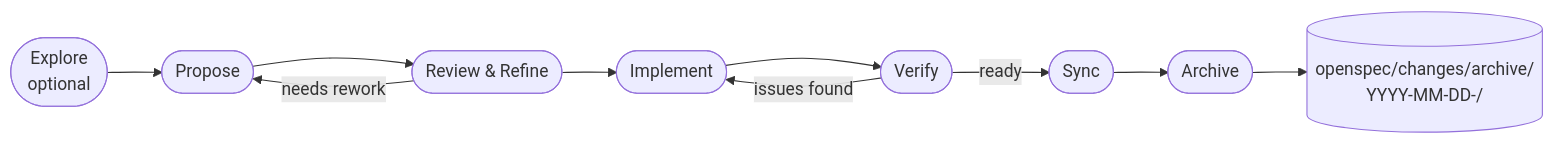
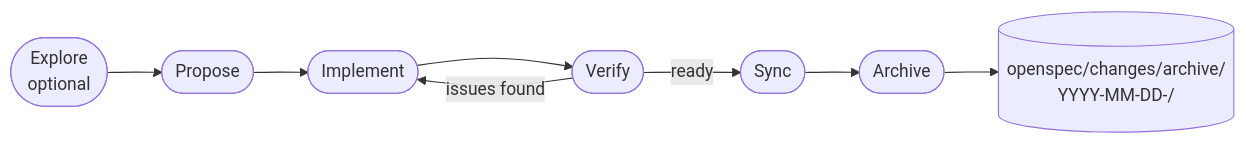
Before and after one commit to clawaimax/openspec-atm: the second of 6 diagrams in README.md, drawn with Mermaid. The commit also changed other lines of this file, not shown here.

Commit message:
Refine OpenSpec workflow README section

````diff
--- a/README.md
+++ b/README.md
@@ -195,12 +195,10 @@
 ```mermaid
 flowchart LR
     E([Explore\noptional]) --> P([Propose])
-    P --> R([Review & Refine])
-    R -->|needs rework| P
-    R --> I([Implement])
+    P --> I([Implement])
     I --> V([Verify])
     V -->|issues found| I
     V -->|ready| S([Sync])
     S --> A([Archive])
     A --> O[(openspec/changes/archive/\nYYYY-MM-DD-<name>/)]
 ```
````
